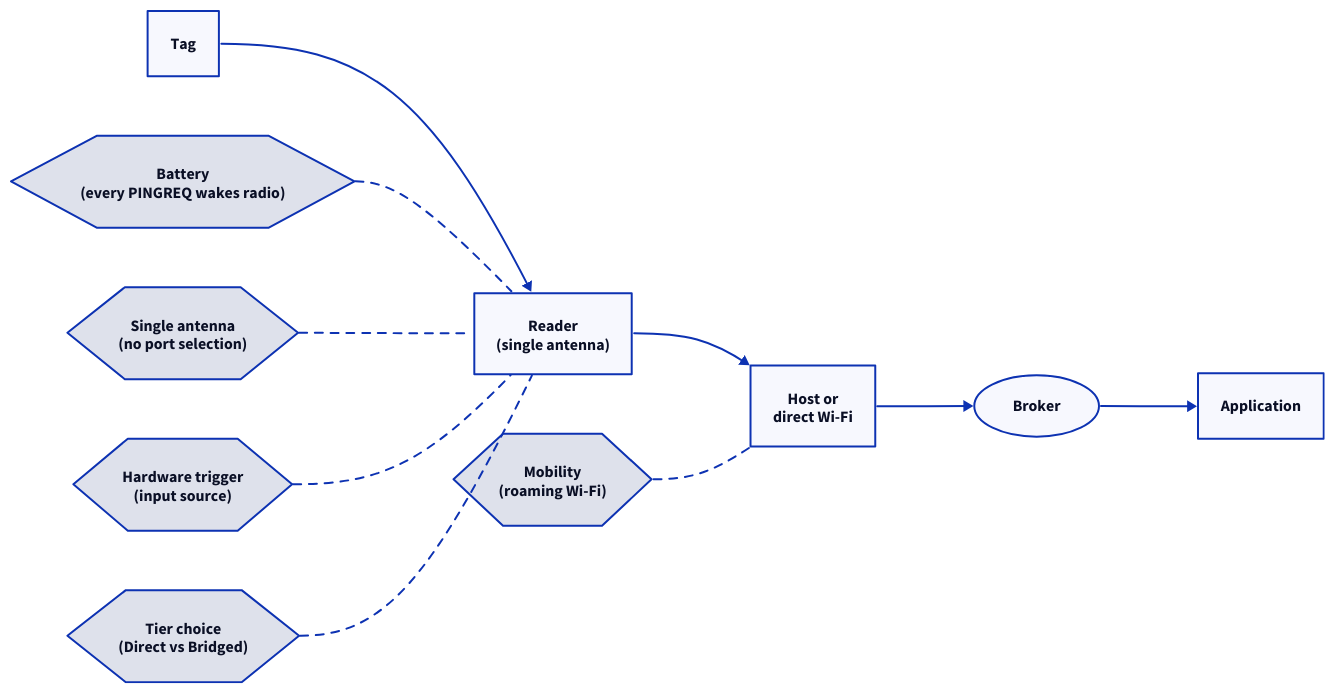
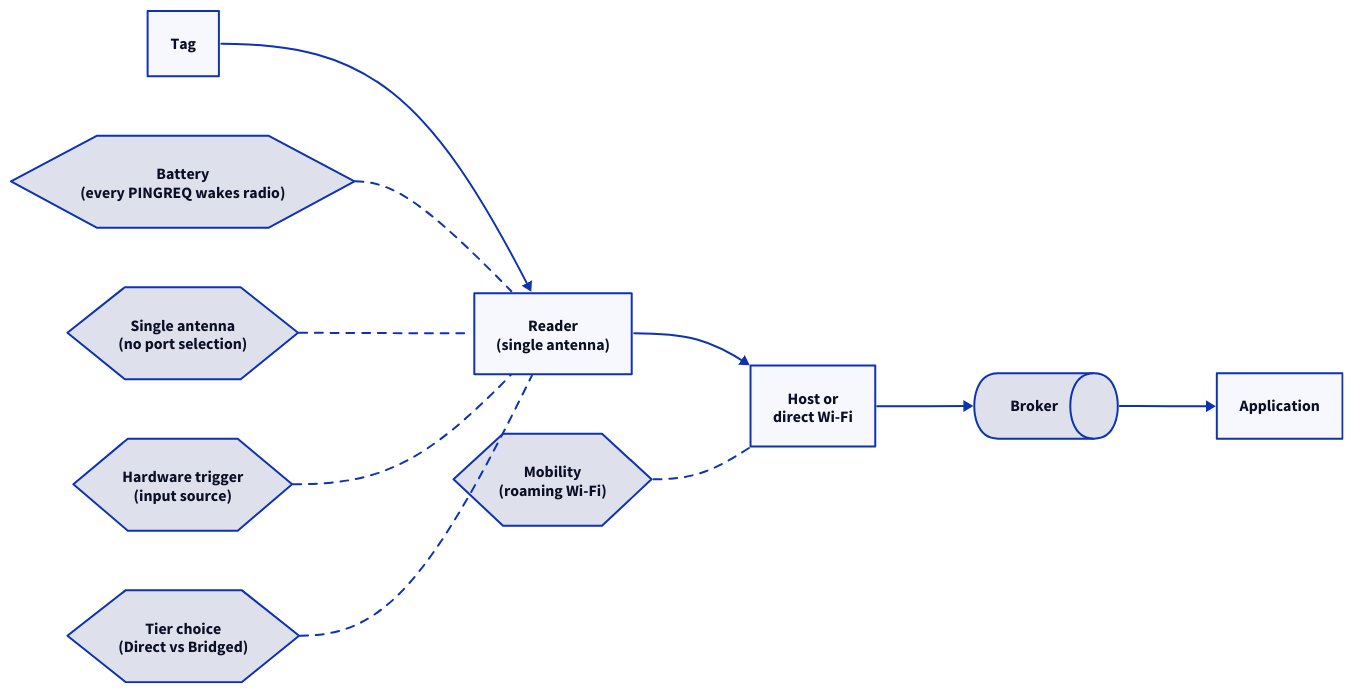
The diagram in docs/foundations/architecture/handheld-considerations.md (admiral-ai/zebra-handheld-rfid-iotc), drawn with D2 before and after one commit. The commit also changed 40 other files, not shown here.

First line of the commit message:
Redesign all 54 D2 diagrams to a unified visual system

````diff
--- a/docs/foundations/architecture/handheld-considerations.md
+++ b/docs/foundations/architecture/handheld-considerations.md
@@ -28,22 +28,23 @@
 ```d2
 direction: right
 T: Tag
 R: "Reader\n(single antenna)"
 H: "Host or\ndirect Wi-Fi"
-B: Broker { shape: oval }
+B: Broker { shape: queue }
 A: Application
+T -> R
+R -> H
+H -> B
+B -> A
 c1: "Battery\n(every PINGREQ wakes radio)" { shape: hexagon }
 c2: "Single antenna\n(no port selection)" { shape: hexagon }
 c3: "Hardware trigger\n(input source)" { shape: hexagon }
 c4: "Mobility\n(roaming Wi-Fi)" { shape: hexagon }
 c5: "Tier choice\n(Direct vs Bridged)" { shape: hexagon }
-T -> R
-R -> H
-H -> B
-B -> A
-c1 -- R: { style.stroke-dash: 4 }
-c2 -- R: { style.stroke-dash: 4 }
-c3 -- R: { style.stroke-dash: 4 }
-c4 -- H: { style.stroke-dash: 4 }
-c5 -- R: { style.stroke-dash: 4 }
+c1 -- R { style.stroke-dash: 4 }
+c2 -- R { style.stroke-dash: 4 }
+c3 -- R { style.stroke-dash: 4 }
+c4 -- H { style.stroke-dash: 4 }
+c5 -- R { style.stroke-dash: 4 }
+
 ```
````
